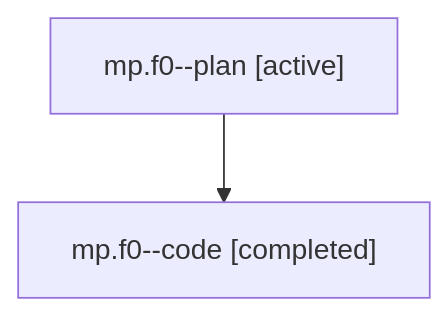
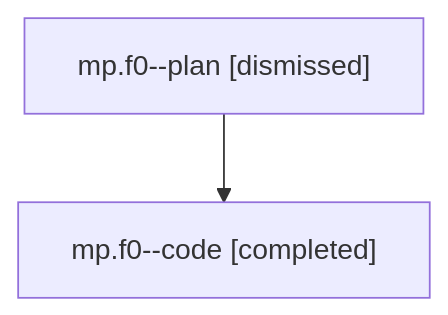
The diagram in sessions/bbugyi200.athena.mp.f0.md (sase-org/sase--agents), drawn with Mermaid before and after one commit. The commit also changed other lines of this file and 18 other files, not shown here.

````diff
--- a/sessions/bbugyi200.athena.mp.f0.md
+++ b/sessions/bbugyi200.athena.mp.f0.md
@@ -9,6 +9,6 @@
 ```mermaid
 flowchart TD
-  n0["mp.f0--plan [active]"]
+  n0["mp.f0--plan [dismissed]"]
   n1["mp.f0--code [completed]"]
   n0 --> n1
 ```
````
